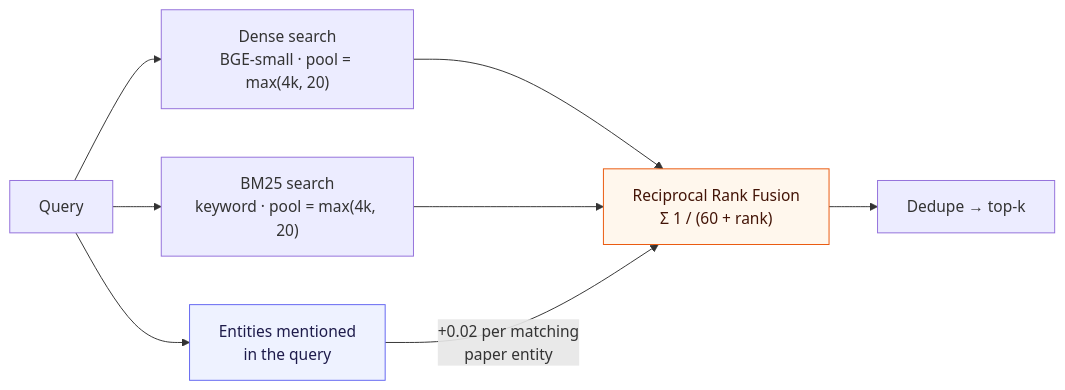
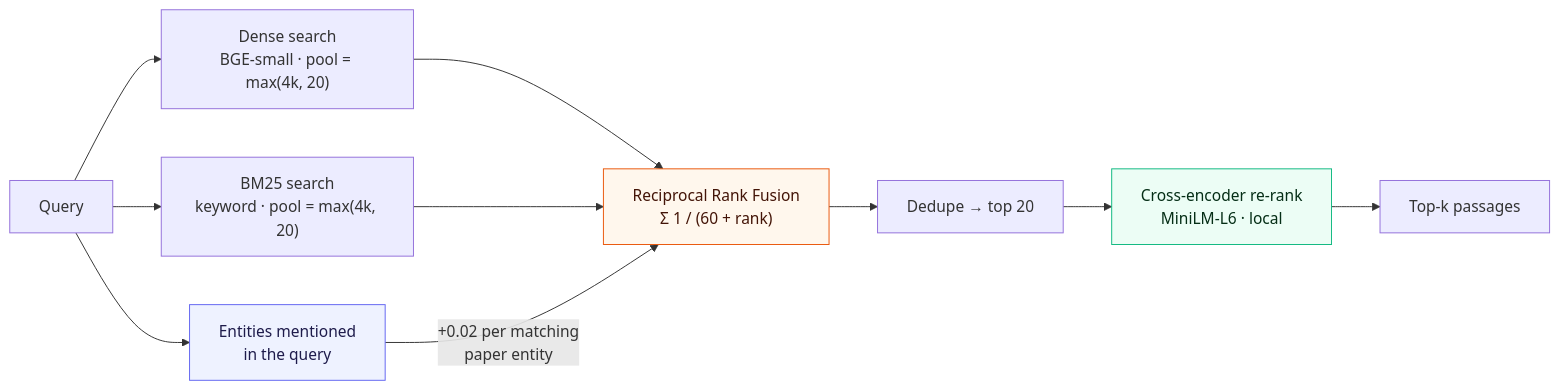
The fourth of 6 diagrams in README.md (Mahakisore7/MatSci-RAG), drawn with Mermaid before and after one commit. The commit also changed other lines of this file and 15 other files, not shown here.

First line of the commit message:
feat(rag): cross-encoder re-ranking after hybrid retrieval (ADR-019)

````diff
--- a/README.md
+++ b/README.md
@@ -223,13 +224,16 @@
 ```mermaid
 flowchart LR
     Q["Query"] --> D["Dense search<br/>BGE-small · pool = max(4k, 20)"]
     Q --> B["BM25 search<br/>keyword · pool = max(4k, 20)"]
     Q --> E["Entities mentioned<br/>in the query"]
     D --> RRF["Reciprocal Rank Fusion<br/>Σ 1 / (60 + rank)"]
     B --> RRF
     E -->|"+0.02 per matching<br/>paper entity"| RRF
-    RRF --> T["Dedupe → top-k"]
+    RRF --> T["Dedupe → top 20"]
+    T --> X["Cross-encoder re-rank<br/>MiniLM-L6 · local"]
+    X --> K["Top-k passages"]
 
     style RRF fill:#fff7ed,stroke:#ea580c,color:#431407
+    style X fill:#ecfdf5,stroke:#10b981,color:#052e16
     style E fill:#eef2ff,stroke:#6366f1,color:#1e1b4b
 ```
````
